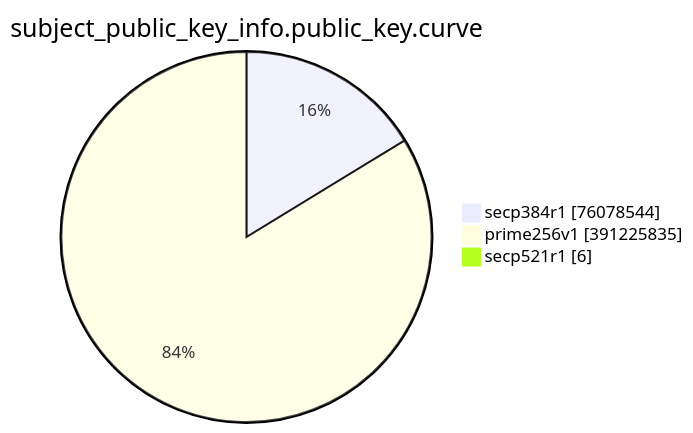
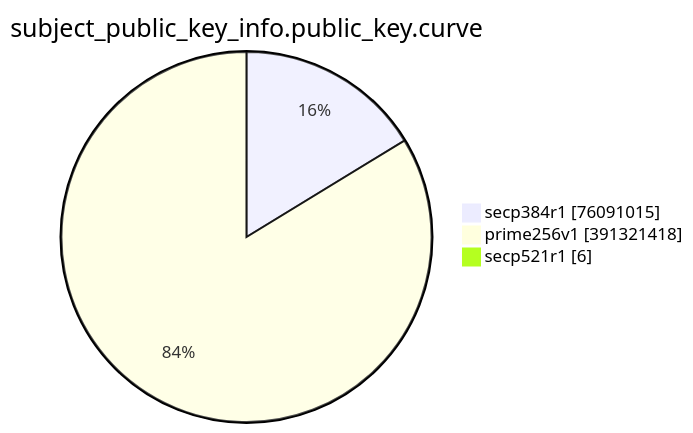
The eighth of 15 diagrams in TOTAL/README.md (christiankrug/ctmonitor_visualization), drawn with Mermaid before and after one commit. The commit also changed other lines of this file, not shown here.

````diff
--- a/TOTAL/README.md
+++ b/TOTAL/README.md
@@ -3094,7 +3094,7 @@
 ```mermaid
 pie showData
 title subject_public_key_info.public_key.curve
-"secp384r1" :76078544
-"prime256v1" :391225835
+"secp384r1" :76091015
+"prime256v1" :391321418
 "secp521r1" :6
 ```
````
